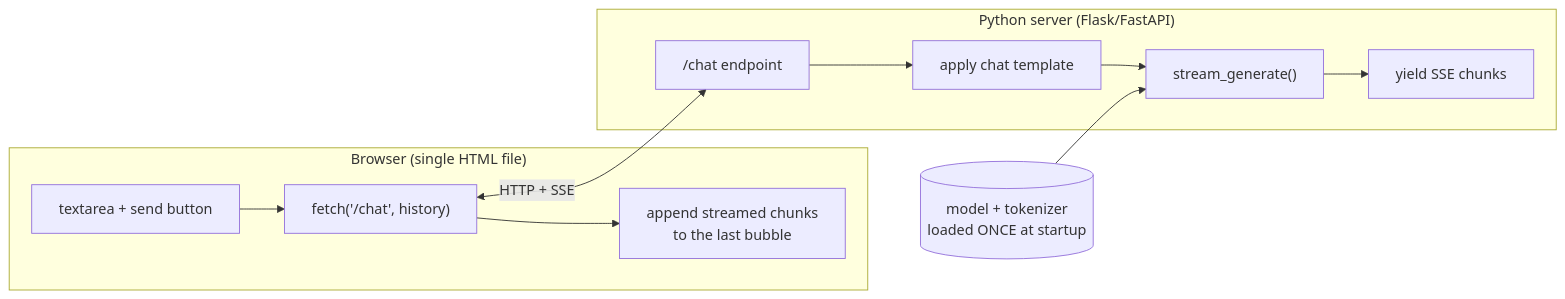
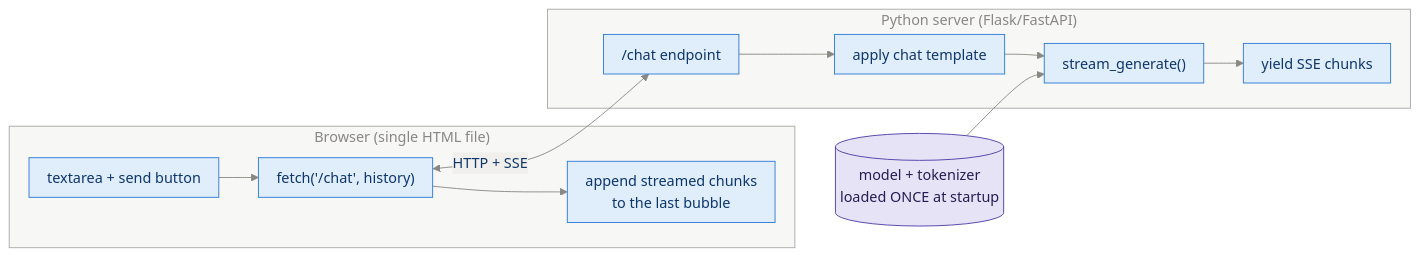
One commit to sudhanshu-shivam-dev/reasoning_model_from_scratch changed the third of 3 diagrams in study_guide/appendix_chat_interface.md. Above: the diagram before and after it, drawn with Mermaid. The commit also changed other lines of this file and 14 other files, not shown here.

First line of the commit message:
Restyle all 54 diagrams: consistent palette, semantic colors, better spacing

````diff
--- a/study_guide/appendix_chat_interface.md
+++ b/study_guide/appendix_chat_interface.md
@@ -94,14 +100,17 @@
 ```mermaid
+%%{init: {"theme":"base","themeVariables":{"primaryColor":"#e0edfb","primaryTextColor":"#0d366b","primaryBorderColor":"#2a78d6","lineColor":"#898781","textColor":"#52514e","edgeLabelBackground":"#f0efec","clusterBkg":"rgba(137,135,129,0.07)","clusterBorder":"#a9a7a0","titleColor":"#898781"},"flowchart":{"nodeSpacing":36,"rankSpacing":44,"curve":"basis","padding":10}}}%%
 flowchart LR
     subgraph FRONT["Browser (single HTML file)"]
         TA["textarea + send button"] --> JS["fetch('/chat', history)"]
         JS --> RENDER["append streamed chunks<br/>to the last bubble"]
     end
     subgraph BACK["Python server (Flask/FastAPI)"]
         EP["/chat endpoint"] --> TPL["apply chat template"]
         TPL --> SG["stream_generate()"]
         SG --> SSE["yield SSE chunks"]
     end
     JS <-->|HTTP + SSE| EP
     MODEL[("model + tokenizer<br/>loaded ONCE at startup")] --> SG
+    classDef model fill:#e6e3f7,stroke:#4a3aa7,color:#251d54
+    class MODEL model
 ```
````
